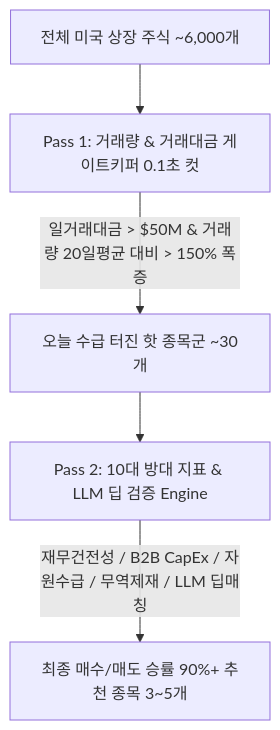
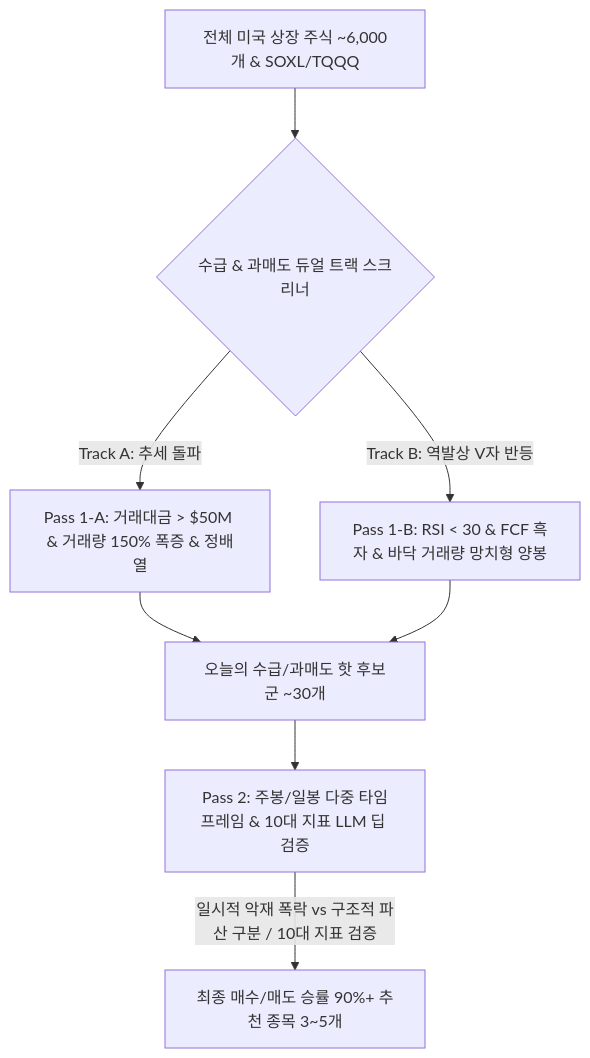
One commit to tjrdlsck/StockLatte changed the diagram in docs/proposals/MACRO_STOCK_RECOMMENDATION_PROPOSAL.md. Above: the diagram before and after it, drawn with Mermaid. The commit also changed other lines of this file, not shown here.

First line of the commit message:
[docs]: 다중 타임프레임 및 역발상 V자 과매도 반등 포착 전담 엔진 추가

````diff
--- a/docs/proposals/MACRO_STOCK_RECOMMENDATION_PROPOSAL.md
+++ b/docs/proposals/MACRO_STOCK_RECOMMENDATION_PROPOSAL.md
@@ -22,7 +24,9 @@
 ```mermaid
 flowchart TD
-    A[전체 미국 상장 주식 ~6,000개] --> B[Pass 1: 거래량 & 거래대금 게이트키퍼 0.1초 컷]
-    B -- 일거래대금 > $50M & 거래량 20일평균 대비 > 150% 폭증 --> C[오늘 수급 터진 핫 종목군 ~30개]
-    C --> D[Pass 2: 10대 방대 지표 & LLM 딥 검증 Engine]
-    D -- 재무건전성 / B2B CapEx / 자원수급 / 무역제재 / LLM 딥매칭 --> E[최종 매수/매도 승률 90%+ 추천 종목 3~5개]
+    A[전체 미국 상장 주식 ~6,000개 & SOXL/TQQQ] --> B{수급 & 과매도 듀얼 트랙 스크리너}
+    B -- Track A: 추세 돌파 --> C1[Pass 1-A: 거래대금 > $50M & 거래량 150% 폭증 & 정배열]
+    B -- Track B: 역발상 V자 반등 --> C2[Pass 1-B: RSI < 30 & FCF 흑자 & 바닥 거래량 망치형 양봉]
+    C1 & C2 --> D[오늘의 수급/과매도 핫 후보군 ~30개]
+    D --> E[Pass 2: 주봉/일봉 다중 타임프레임 & 10대 지표 LLM 딥 검증]
+    E -- 일시적 악재 폭락 vs 구조적 파산 구분 / 10대 지표 검증 --> F[최종 매수/매도 승률 90%+ 추천 종목 3~5개]
 ```
````
